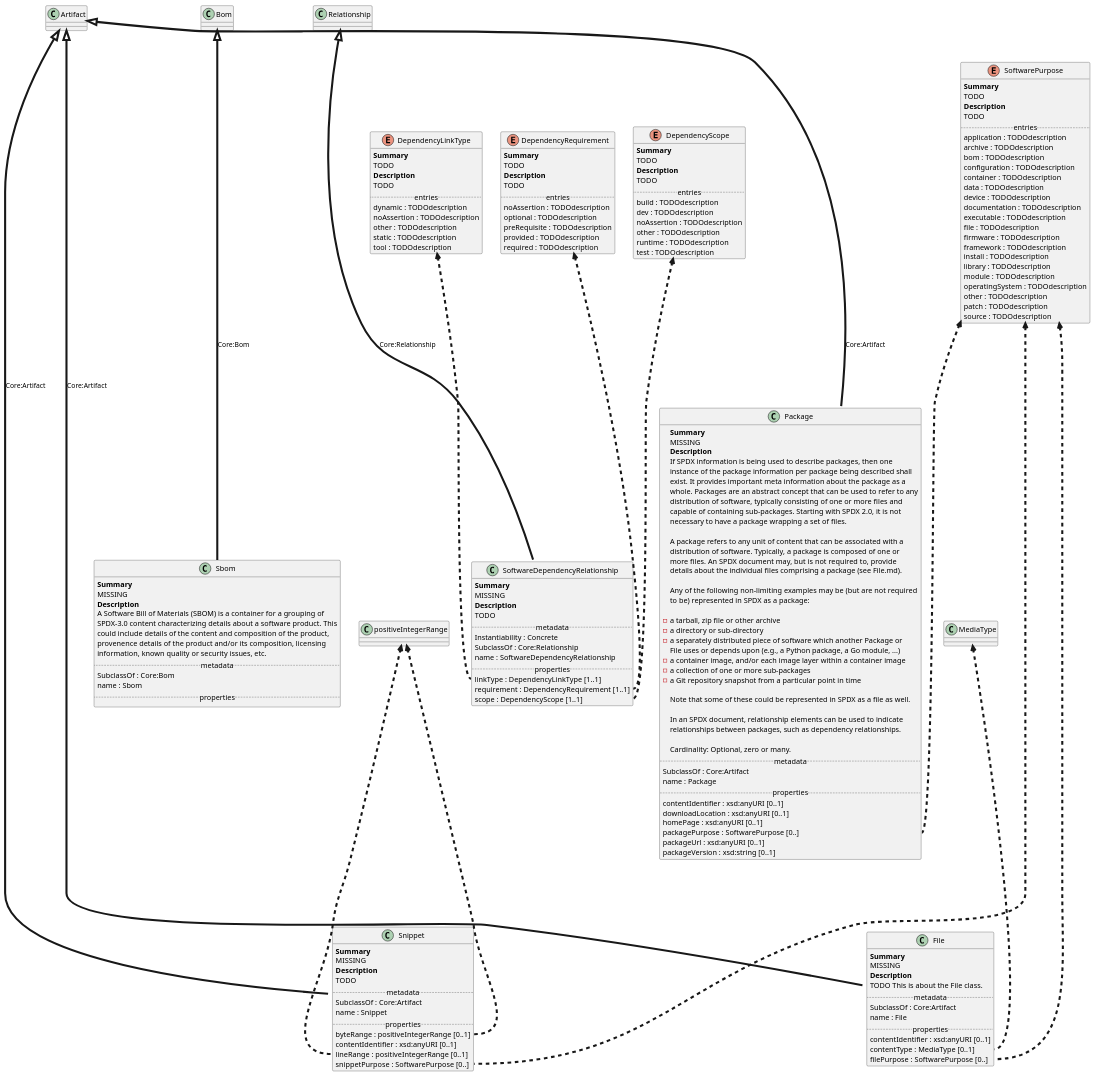
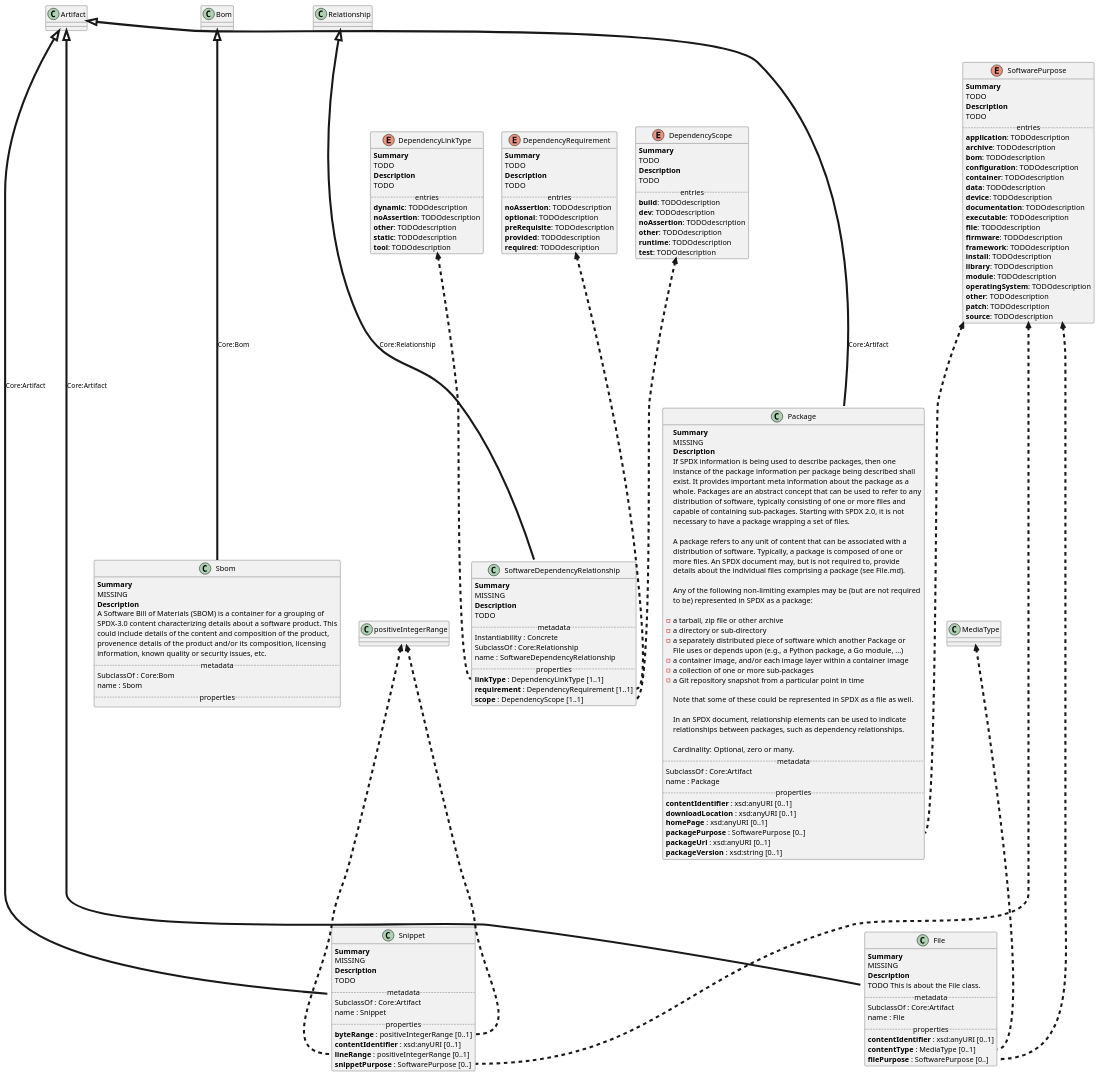
The diagram in Software.Profile.puml (maxhbr/spec-parser.hs), drawn with PlantUML before and after one commit. The commit also changed 11 other files, not shown here.

```diff
--- a/Software.Profile.puml
+++ b/Software.Profile.puml
@@ -1,183 +1,185 @@
 @startuml
+skinparam packageStyle rectangle
+set separator none
 ' vocabulary
 enum DependencyLinkType {
 <b>Summary</b>
 TODO
 <b>Description</b>
 TODO
 .. entries ..
-    dynamic : TODOdescription
-    noAssertion : TODOdescription
-    other : TODOdescription
-    static : TODOdescription
-    tool : TODOdescription
+    <b>dynamic</b>: TODOdescription
+    <b>noAssertion</b>: TODOdescription
+    <b>other</b>: TODOdescription
+    <b>static</b>: TODOdescription
+    <b>tool</b>: TODOdescription
 }
 enum DependencyRequirement {
 <b>Summary</b>
 TODO
 <b>Description</b>
 TODO
 .. entries ..
-    noAssertion : TODOdescription
-    optional : TODOdescription
-    preRequisite : TODOdescription
-    provided : TODOdescription
-    required : TODOdescription
+    <b>noAssertion</b>: TODOdescription
+    <b>optional</b>: TODOdescription
+    <b>preRequisite</b>: TODOdescription
+    <b>provided</b>: TODOdescription
+    <b>required</b>: TODOdescription
 }
 enum DependencyScope {
 <b>Summary</b>
 TODO
 <b>Description</b>
 TODO
 .. entries ..
-    build : TODOdescription
-    dev : TODOdescription
-    noAssertion : TODOdescription
-    other : TODOdescription
-    runtime : TODOdescription
-    test : TODOdescription
+    <b>build</b>: TODOdescription
+    <b>dev</b>: TODOdescription
+    <b>noAssertion</b>: TODOdescription
+    <b>other</b>: TODOdescription
+    <b>runtime</b>: TODOdescription
+    <b>test</b>: TODOdescription
 }
 enum SoftwarePurpose {
 <b>Summary</b>
 TODO
 <b>Description</b>
 TODO
 .. entries ..
-    application : TODOdescription
-    archive : TODOdescription
-    bom : TODOdescription
-    configuration : TODOdescription
-    container : TODOdescription
-    data : TODOdescription
-    device : TODOdescription
-    documentation : TODOdescription
-    executable : TODOdescription
-    file : TODOdescription
-    firmware : TODOdescription
-    framework : TODOdescription
-    install : TODOdescription
-    library : TODOdescription
-    module : TODOdescription
-    operatingSystem : TODOdescription
-    other : TODOdescription
-    patch : TODOdescription
-    source : TODOdescription
+    <b>application</b>: TODOdescription
+    <b>archive</b>: TODOdescription
+    <b>bom</b>: TODOdescription
+    <b>configuration</b>: TODOdescription
+    <b>container</b>: TODOdescription
+    <b>data</b>: TODOdescription
+    <b>device</b>: TODOdescription
+    <b>documentation</b>: TODOdescription
+    <b>executable</b>: TODOdescription
+    <b>file</b>: TODOdescription
+    <b>firmware</b>: TODOdescription
+    <b>framework</b>: TODOdescription
+    <b>install</b>: TODOdescription
+    <b>library</b>: TODOdescription
+    <b>module</b>: TODOdescription
+    <b>operatingSystem</b>: TODOdescription
+    <b>other</b>: TODOdescription
+    <b>patch</b>: TODOdescription
+    <b>source</b>: TODOdescription
 }
 ' classes
 together {
 class File {
 <b>Summary</b>
 MISSING
 <b>Description</b>
 TODO This is about the File class.
 .. metadata ..
     SubclassOf : Core:Artifact
     name : File
 .. properties ..
-    contentIdentifier : xsd:anyURI [0..1]
-    contentType : MediaType [0..1]
-    filePurpose : SoftwarePurpose [0..]
+    <b>contentIdentifier </b>: xsd:anyURI [0..1]
+    <b>contentType </b>: MediaType [0..1]
+    <b>filePurpose </b>: SoftwarePurpose [0..]
 }
 "MediaType" <-[dashed,thickness=4]-- "File::contentType"
 "SoftwarePurpose" <-[dashed,thickness=4]-- "File::filePurpose"
 class Package {
 <b>Summary</b>
 MISSING
 <b>Description</b>
 If SPDX information is being used to describe packages, then one
 instance of the package information per package being described shall
 exist. It provides important meta information about the package as a
 whole. Packages are an abstract concept that can be used to refer to any
 distribution of software, typically consisting of one or more files and
 capable of containing sub-packages. Starting with SPDX 2.0, it is not
 necessary to have a package wrapping a set of files.
 
 A package refers to any unit of content that can be associated with a
 distribution of software. Typically, a package is composed of one or
 more files. An SPDX document may, but is not required to, provide
 details about the individual files comprising a package (see File.md).
 
 Any of the following non-limiting examples may be (but are not required
 to be) represented in SPDX as a package:
 
 -   a tarball, zip file or other archive
 -   a directory or sub-directory
 -   a separately distributed piece of software which another Package or
     File uses or depends upon (e.g., a Python package, a Go module, ...)
 -   a container image, and/or each image layer within a container image
 -   a collection of one or more sub-packages
 -   a Git repository snapshot from a particular point in time
 
 Note that some of these could be represented in SPDX as a file as well.
 
 In an SPDX document, relationship elements can be used to indicate
 relationships between packages, such as dependency relationships.
 
 Cardinality: Optional, zero or many.
 .. metadata ..
     SubclassOf : Core:Artifact
     name : Package
 .. properties ..
-    contentIdentifier : xsd:anyURI [0..1]
-    downloadLocation : xsd:anyURI [0..1]
-    homePage : xsd:anyURI [0..1]
-    packagePurpose : SoftwarePurpose [0..]
-    packageUrl : xsd:anyURI [0..1]
-    packageVersion : xsd:string [0..1]
+    <b>contentIdentifier </b>: xsd:anyURI [0..1]
+    <b>downloadLocation </b>: xsd:anyURI [0..1]
+    <b>homePage </b>: xsd:anyURI [0..1]
+    <b>packagePurpose </b>: SoftwarePurpose [0..]
+    <b>packageUrl </b>: xsd:anyURI [0..1]
+    <b>packageVersion </b>: xsd:string [0..1]
 }
 "SoftwarePurpose" <-[dashed,thickness=4]-- "Package::packagePurpose"
 class Sbom {
 <b>Summary</b>
 MISSING
 <b>Description</b>
 A Software Bill of Materials (SBOM) is a container for a grouping of
 SPDX-3.0 content characterizing details about a software product. This
 could include details of the content and composition of the product,
 provenence details of the product and/or its composition, licensing
 information, known quality or security issues, etc.
 .. metadata ..
     SubclassOf : Core:Bom
     name : Sbom
 .. properties ..
 }
 class Snippet {
 <b>Summary</b>
 MISSING
 <b>Description</b>
 TODO
 .. metadata ..
     SubclassOf : Core:Artifact
     name : Snippet
 .. properties ..
-    byteRange : positiveIntegerRange [0..1]
-    contentIdentifier : xsd:anyURI [0..1]
-    lineRange : positiveIntegerRange [0..1]
-    snippetPurpose : SoftwarePurpose [0..]
+    <b>byteRange </b>: positiveIntegerRange [0..1]
+    <b>contentIdentifier </b>: xsd:anyURI [0..1]
+    <b>lineRange </b>: positiveIntegerRange [0..1]
+    <b>snippetPurpose </b>: SoftwarePurpose [0..]
 }
 "positiveIntegerRange" <-[dashed,thickness=4]-- "Snippet::byteRange"
 "positiveIntegerRange" <-[dashed,thickness=4]-- "Snippet::lineRange"
 "SoftwarePurpose" <-[dashed,thickness=4]-- "Snippet::snippetPurpose"
 class SoftwareDependencyRelationship {
 <b>Summary</b>
 MISSING
 <b>Description</b>
 TODO
 .. metadata ..
     Instantiability : Concrete
     SubclassOf : Core:Relationship
     name : SoftwareDependencyRelationship
 .. properties ..
-    linkType : DependencyLinkType [1..1]
-    requirement : DependencyRequirement [1..1]
-    scope : DependencyScope [1..1]
+    <b>linkType </b>: DependencyLinkType [1..1]
+    <b>requirement </b>: DependencyRequirement [1..1]
+    <b>scope </b>: DependencyScope [1..1]
 }
 "DependencyLinkType" <-[dashed,thickness=4]-- "SoftwareDependencyRelationship::linkType"
 "DependencyRequirement" <-[dashed,thickness=4]-- "SoftwareDependencyRelationship::requirement"
 "DependencyScope" <-[dashed,thickness=4]-- "SoftwareDependencyRelationship::scope"
 }
 "Artifact" <|-[thickness=4]--- "File" : Core:Artifact
 "Artifact" <|-[thickness=4]--- "Package" : Core:Artifact
 "Bom" <|-[thickness=4]--- "Sbom" : Core:Bom
 "Artifact" <|-[thickness=4]--- "Snippet" : Core:Artifact
 "Relationship" <|-[thickness=4]--- "SoftwareDependencyRelationship" : Core:Relationship
 @enduml
```
